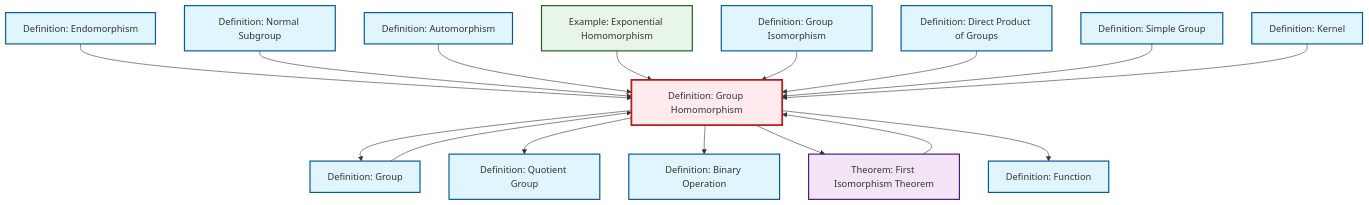
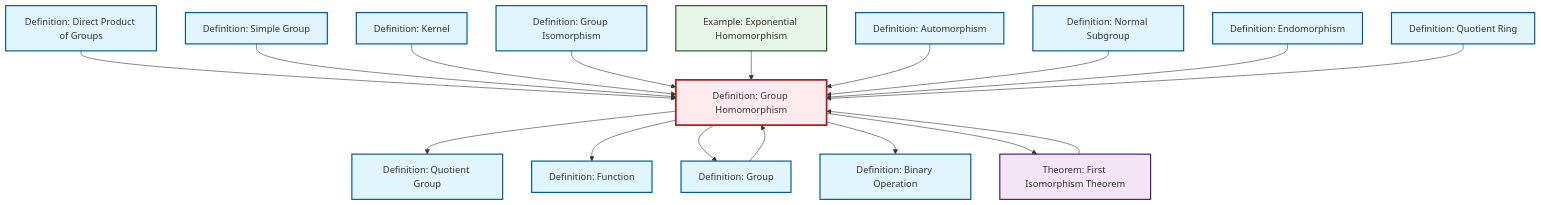
One commit to RK0429/ModernMath changed the diagram in content/ja/algebra/def-homomorphism.qmd. Above: the diagram before and after it, drawn with Mermaid. The commit also changed 597 other files, not shown here.

````diff
--- a/content/ja/algebra/def-homomorphism.qmd
+++ b/content/ja/algebra/def-homomorphism.qmd
@@ -66,52 +66,55 @@
 ```{mermaid}
 %%| fig-cap: "Local dependency graph"
 graph TD
     classDef definition fill:#e1f5fe,stroke:#01579b,stroke-width:2px
     classDef theorem fill:#f3e5f5,stroke:#4a148c,stroke-width:2px
     classDef axiom fill:#fff3e0,stroke:#e65100,stroke-width:2px
     classDef example fill:#e8f5e9,stroke:#1b5e20,stroke-width:2px
     classDef current fill:#ffebee,stroke:#b71c1c,stroke-width:3px
     def-simple-group["Definition: Simple Group"]:::definition
+    def-homomorphism["Definition: Group Homomorphism"]:::definition
+    def-automorphism["Definition: Automorphism"]:::definition
+    def-function["Definition: Function"]:::definition
+    def-isomorphism["Definition: Group Isomorphism"]:::definition
+    ex-exponential-homomorphism["Example: Exponential Homomorphism"]:::example
+    def-quotient-ring["Definition: Quotient Ring"]:::definition
+    def-endomorphism["Definition: Endomorphism"]:::definition
+    def-kernel["Definition: Kernel"]:::definition
+    def-quotient-group["Definition: Quotient Group"]:::definition
+    thm-first-isomorphism["Theorem: First Isomorphism Theorem"]:::theorem
+    def-normal-subgroup["Definition: Normal Subgroup"]:::definition
+    def-direct-product["Definition: Direct Product of Groups"]:::definition
+    def-group["Definition: Group"]:::definition
     def-binary-operation["Definition: Binary Operation"]:::definition
-    def-function["Definition: Function"]:::definition
-    ex-exponential-homomorphism["Example: Exponential Homomorphism"]:::example
-    def-normal-subgroup["Definition: Normal Subgroup"]:::definition
-    def-quotient-group["Definition: Quotient Group"]:::definition
-    def-isomorphism["Definition: Group Isomorphism"]:::definition
-    def-kernel["Definition: Kernel"]:::definition
-    def-endomorphism["Definition: Endomorphism"]:::definition
-    def-group["Definition: Group"]:::definition
-    def-automorphism["Definition: Automorphism"]:::definition
-    def-homomorphism["Definition: Group Homomorphism"]:::definition
-    thm-first-isomorphism["Theorem: First Isomorphism Theorem"]:::theorem
-    def-direct-product["Definition: Direct Product of Groups"]:::definition
-    def-endomorphism --> def-homomorphism
-    def-normal-subgroup --> def-homomorphism
-    def-automorphism --> def-homomorphism
-    def-homomorphism --> def-group
-    ex-exponential-homomorphism --> def-homomorphism
-    def-isomorphism --> def-homomorphism
     def-direct-product --> def-homomorphism
-    thm-first-isomorphism --> def-homomorphism
-    def-group --> def-homomorphism
-    def-homomorphism --> def-quotient-group
-    def-homomorphism --> def-binary-operation
-    def-homomorphism --> thm-first-isomorphism
-    def-homomorphism --> def-function
     def-simple-group --> def-homomorphism
     def-kernel --> def-homomorphism
+    def-homomorphism --> def-quotient-group
+    def-isomorphism --> def-homomorphism
+    def-group --> def-homomorphism
+    ex-exponential-homomorphism --> def-homomorphism
+    def-automorphism --> def-homomorphism
+    def-normal-subgroup --> def-homomorphism
+    def-homomorphism --> def-function
+    def-homomorphism --> def-group
+    def-homomorphism --> def-binary-operation
+    def-endomorphism --> def-homomorphism
+    def-quotient-ring --> def-homomorphism
+    def-homomorphism --> thm-first-isomorphism
+    thm-first-isomorphism --> def-homomorphism
     class def-homomorphism current
     click def-simple-group "def-simple-group.html" "Definition: Simple Groupへ"
+    click def-automorphism "def-automorphism.html" "Definition: Automorphismへ"
+    click def-function "def-function.html" "Definition: Functionへ"
+    click def-isomorphism "def-isomorphism.html" "Definition: Group Isomorphismへ"
+    click ex-exponential-homomorphism "ex-exponential-homomorphism.html" "Example: Exponential Homomorphismへ"
+    click def-quotient-ring "def-quotient-ring.html" "Definition: Quotient Ringへ"
+    click def-endomorphism "def-endomorphism.html" "Definition: Endomorphismへ"
+    click def-kernel "def-kernel.html" "Definition: Kernelへ"
+    click def-quotient-group "def-quotient-group.html" "Definition: Quotient Groupへ"
+    click thm-first-isomorphism "thm-first-isomorphism.html" "Theorem: First Isomorphism Theoremへ"
+    click def-normal-subgroup "def-normal-subgroup.html" "Definition: Normal Subgroupへ"
+    click def-direct-product "def-direct-product.html" "Definition: Direct Product of Groupsへ"
+    click def-group "def-group.html" "Definition: Groupへ"
     click def-binary-operation "def-binary-operation.html" "Definition: Binary Operationへ"
-    click def-function "def-function.html" "Definition: Functionへ"
-    click ex-exponential-homomorphism "ex-exponential-homomorphism.html" "Example: Exponential Homomorphismへ"
-    click def-normal-subgroup "def-normal-subgroup.html" "Definition: Normal Subgroupへ"
-    click def-quotient-group "def-quotient-group.html" "Definition: Quotient Groupへ"
-    click def-isomorphism "def-isomorphism.html" "Definition: Group Isomorphismへ"
-    click def-kernel "def-kernel.html" "Definition: Kernelへ"
-    click def-endomorphism "def-endomorphism.html" "Definition: Endomorphismへ"
-    click def-group "def-group.html" "Definition: Groupへ"
-    click def-automorphism "def-automorphism.html" "Definition: Automorphismへ"
-    click thm-first-isomorphism "thm-first-isomorphism.html" "Theorem: First Isomorphism Theoremへ"
-    click def-direct-product "def-direct-product.html" "Definition: Direct Product of Groupsへ"
 ```
````
